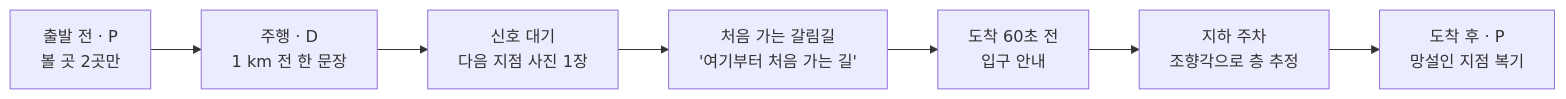
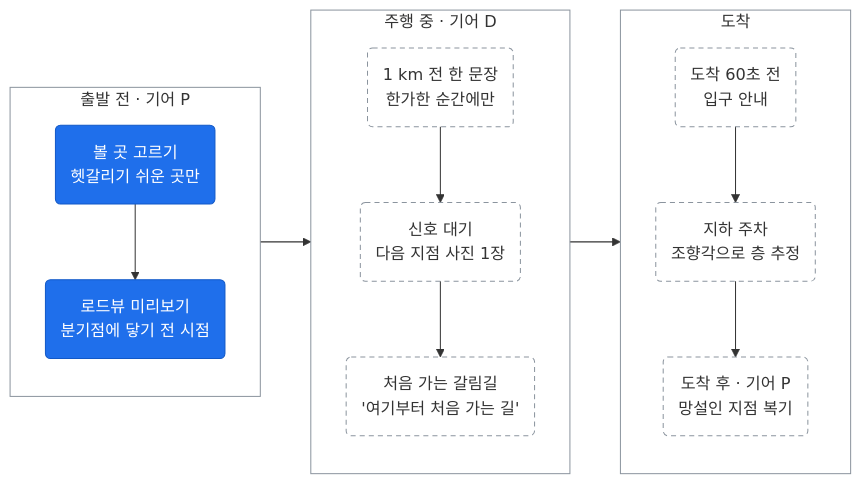
One commit to JoisFe/deja-vroom changed the first of 3 diagrams in README.md. Above: the diagram before and after it, drawn with Mermaid. The commit also changed other lines of this file and 17 other files, not shown here.

First line of the commit message:
문서 다이어그램을 색·모양 규칙에 맞춰 다시 그리고 코드와 다른 설명 정리

````diff
--- a/README.md
+++ b/README.md
@@ -72,9 +72,30 @@
 ```mermaid
 flowchart LR
-    A["출발 전 · P<br/>볼 곳 2곳만"] --> B["주행 · D<br/>1 km 전 한 문장"]
-    B --> C["신호 대기<br/>다음 지점 사진 1장"]
-    C --> D["처음 가는 갈림길<br/>'여기부터 처음 가는 길'"]
-    D --> E["도착 60초 전<br/>입구 안내"]
-    E --> F["지하 주차<br/>조향각으로 층 추정"]
-    F --> G["도착 후 · P<br/>망설인 지점 복기"]
+    subgraph before["출발 전 · 기어 P"]
+        direction TB
+        pick("볼 곳 고르기<br/>헷갈리기 쉬운 곳만"):::now
+        preview("로드뷰 미리보기<br/>분기점에 닿기 전 시점"):::now
+        pick --> preview
+    end
+    subgraph driving["주행 중 · 기어 D"]
+        direction TB
+        say("1 km 전 한 문장<br/>한가한 순간에만"):::plan
+        photo("신호 대기<br/>다음 지점 사진 1장"):::plan
+        first("처음 가는 갈림길<br/>'여기부터 처음 가는 길'"):::plan
+        say --> photo --> first
+    end
+    subgraph arriving["도착"]
+        direction TB
+        entrance("도착 60초 전<br/>입구 안내"):::plan
+        parking("지하 주차<br/>조향각으로 층 추정"):::plan
+        recap("도착 후 · 기어 P<br/>망설인 지점 복기"):::plan
+        entrance --> parking --> recap
+    end
+    before --> driving --> arriving
+
+    classDef now fill:#1f6feb,stroke:#1158c7,color:#ffffff
+    classDef plan fill:none,stroke:#8b949e,stroke-dasharray:5 4
+    style before fill:none,stroke:#8b949e
+    style driving fill:none,stroke:#8b949e
+    style arriving fill:none,stroke:#8b949e
 ```
````
